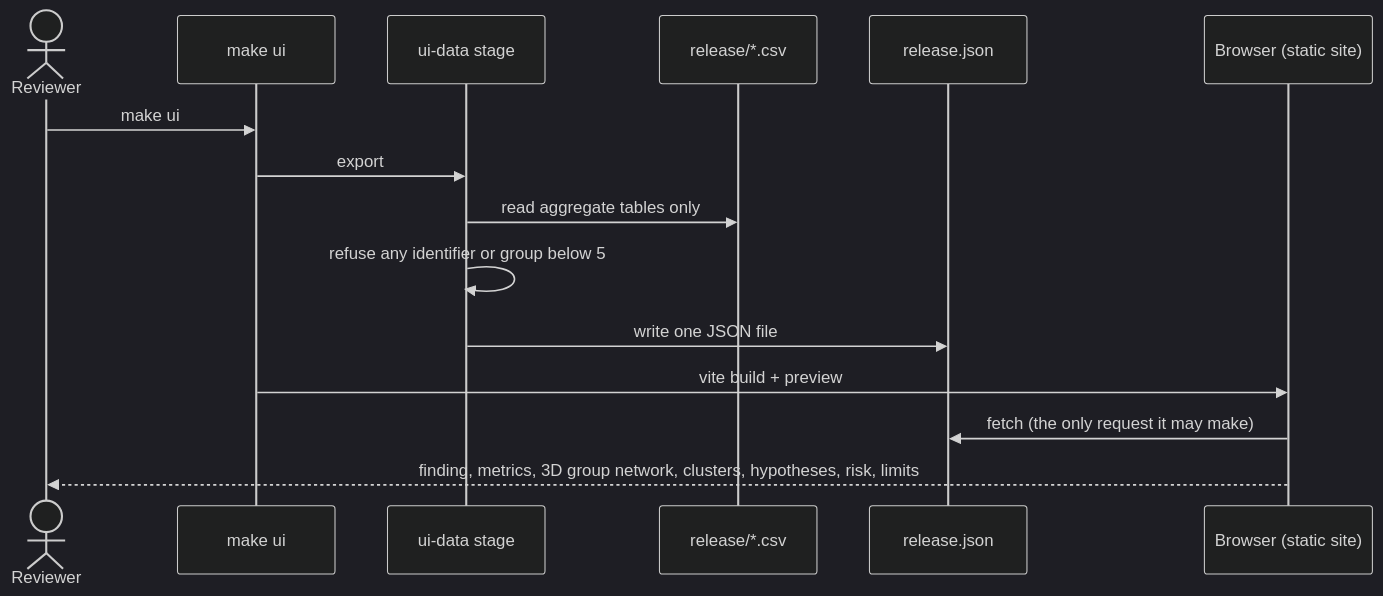
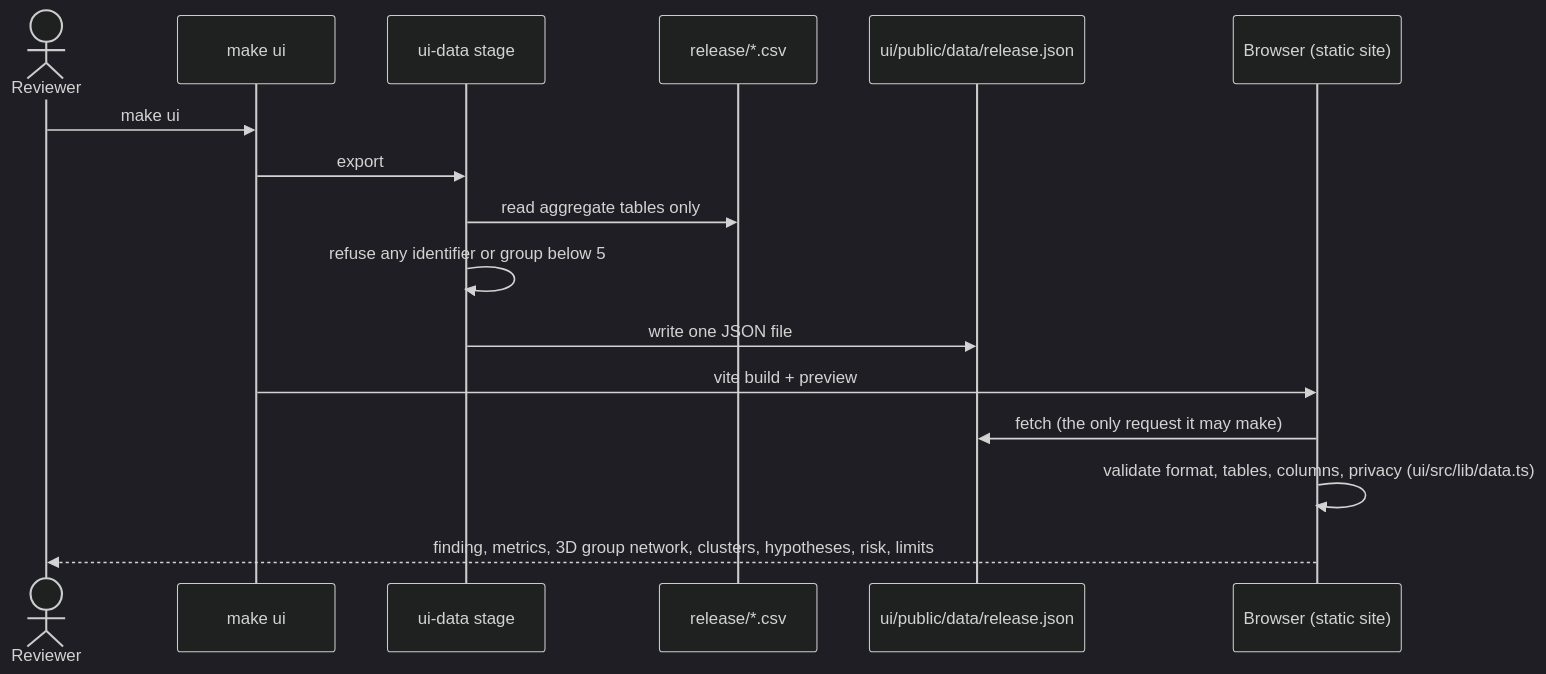
Before and after one commit to marcusvieira88/network-science: the fourth of 8 diagrams in README.md, drawn with Mermaid (dark theme). The commit also changed other lines of this file, not shown here.

Commit message:
README: release.json as the UI's only input; hypotheses renumbered H1–H24

````diff
--- a/README.md
+++ b/README.md
@@ -213,17 +229,18 @@
 ```mermaid
 sequenceDiagram
     actor U as Reviewer
     participant M as make ui
     participant X as ui-data stage
     participant R as release/*.csv
-    participant J as release.json
+    participant J as ui/public/data/release.json
     participant B as Browser (static site)
     U->>M: make ui
     M->>X: export
     X->>R: read aggregate tables only
     X->>X: refuse any identifier or group below 5
     X->>J: write one JSON file
     M->>B: vite build + preview
     B->>J: fetch (the only request it may make)
+    B->>B: validate format, tables, columns, privacy (ui/src/lib/data.ts)
     B-->>U: finding, metrics, 3D group network, clusters, hypotheses, risk, limits
 ```
````
